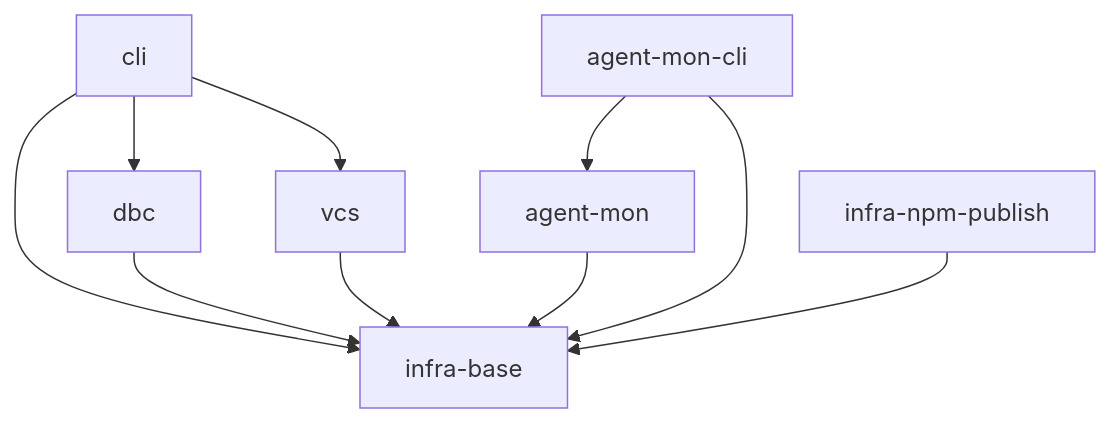
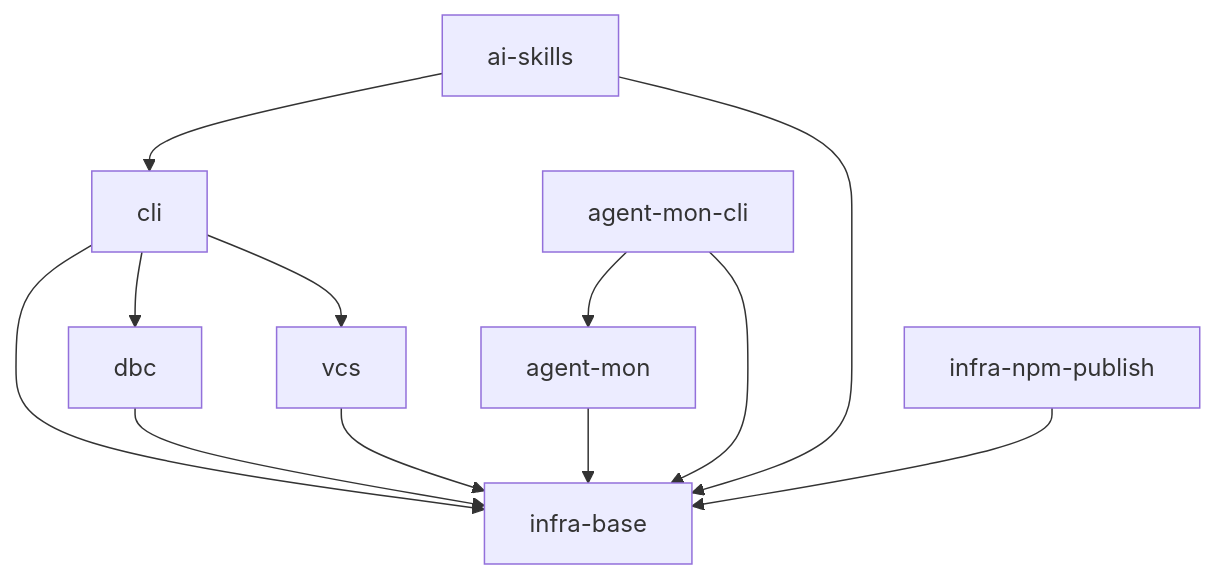
The diagram in specs/README.md (RubaXa/gennady), drawn with Mermaid before and after one commit. The commit also changed other lines of this file and 41 other files, not shown here.

````diff
--- a/specs/README.md
+++ b/specs/README.md
@@ -9,12 +9,14 @@
 ```mermaid
 graph TD
     cli --> dbc
     cli --> infra-base
     cli --> vcs
     dbc --> infra-base
     vcs --> infra-base
     agent-mon --> infra-base
     agent-mon-cli --> infra-base
     agent-mon-cli --> agent-mon
+    ai-skills --> infra-base
+    ai-skills --> cli
     infra-npm-publish --> infra-base
 ```
````
